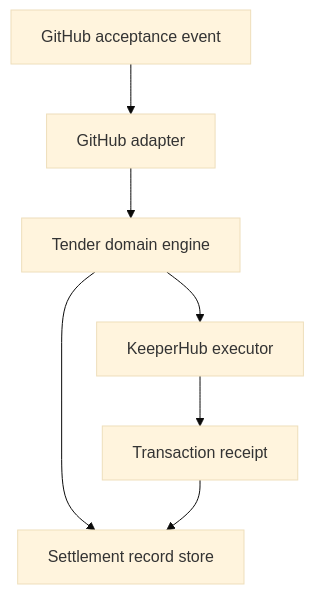
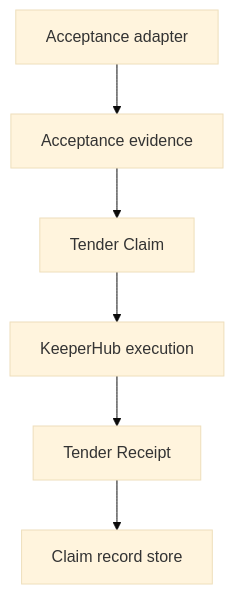
Before and after one commit to Faadil1/tender: the diagram in docs/ARCHITECTURE.md, drawn with Mermaid (base theme). The commit also changed other lines of this file and 27 other files, not shown here.

Commit message:
Promote Tender Claim settlement model

````diff
--- a/docs/ARCHITECTURE.md
+++ b/docs/ARCHITECTURE.md
@@ -3,9 +3,8 @@
 ```mermaid
 flowchart TD
-  GitHub["GitHub acceptance event"] --> Adapter["GitHub adapter"]
-  Adapter --> Domain["Tender domain engine"]
-  Domain --> Store["Settlement record store"]
-  Domain --> KeeperHub["KeeperHub executor"]
-  KeeperHub --> Receipt["Transaction receipt"]
-  Receipt --> Store
+  Source["Acceptance adapter"] --> Evidence["Acceptance evidence"]
+  Evidence --> Claim["Tender Claim"]
+  Claim --> KeeperHub["KeeperHub execution"]
+  KeeperHub --> Receipt["Tender Receipt"]
+  Receipt --> Store["Claim record store"]
 ```
````
